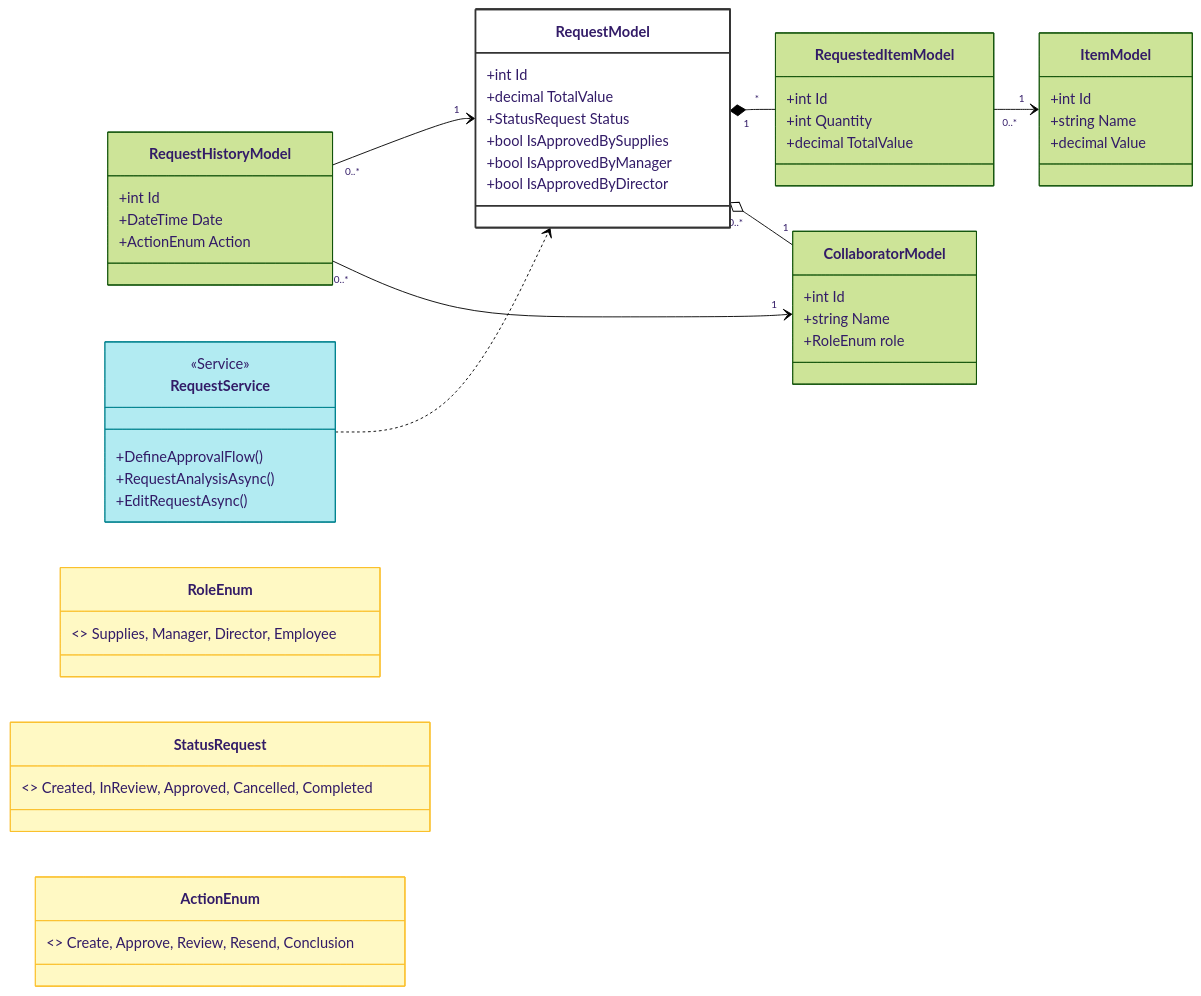
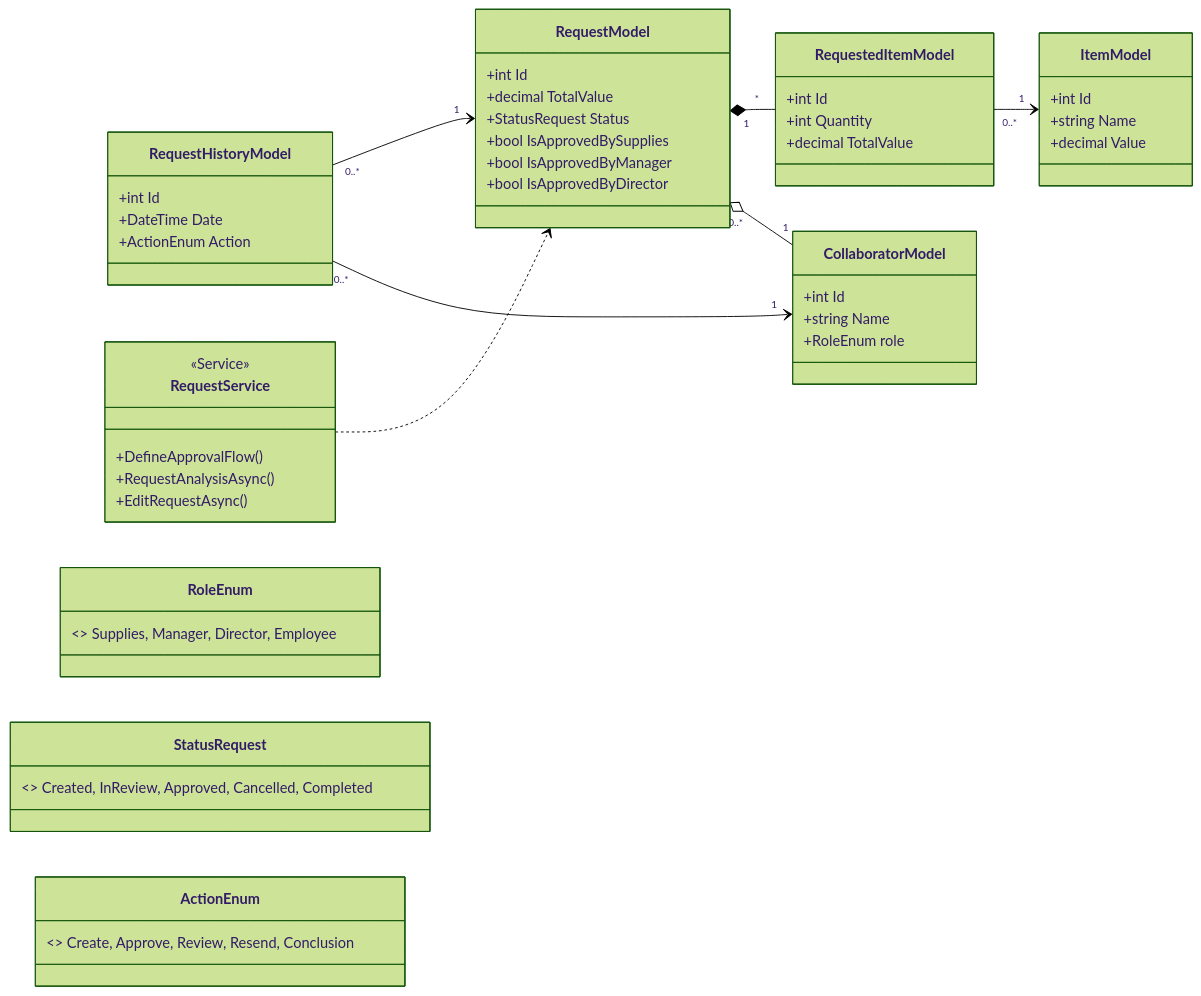
The second of 2 diagrams in README.md (PaulaMonteverde/DesafioiALL), drawn with Mermaid (forest theme) before and after one commit.

Commit message:
Update README.md
Removed sections for Enums and Simple Styling from README.

````diff
--- a/README.md
+++ b/README.md
@@ -62,64 +62,55 @@
 ```mermaid
 classDiagram
     direction LR
 
     class CollaboratorModel {
         +int Id
         +string Name
         +RoleEnum role
     }
 
     class RequestModel {
         +int Id
         +decimal TotalValue
         +StatusRequest Status
         +bool IsApprovedBySupplies
         +bool IsApprovedByManager
         +bool IsApprovedByDirector
     }
 
     class RequestedItemModel {
         +int Id
         +int Quantity
         +decimal TotalValue
     }
 
     class ItemModel {
         +int Id
         +string Name
         +decimal Value
     }
 
     class RequestHistoryModel {
         +int Id
         +DateTime Date
         +ActionEnum Action
     }
 
     class RequestService {
         <<Service>>
         +DefineApprovalFlow()
         +RequestAnalysisAsync()
         +EditRequestAsync()
     }
 
-    %% Enums
     class RoleEnum { <<enumeration>> Supplies, Manager, Director, Employee }
     class StatusRequest { <<enumeration>> Created, InReview, Approved, Cancelled, Completed }
     class ActionEnum { <<enumeration>> Create, Approve, Review, Resend, Conclusion }
 
-    %% Relacionamentos
     RequestModel "1" *-- "*" RequestedItemModel
     RequestedItemModel "0..*" --> "1" ItemModel
     RequestModel "0..*" o-- "1" CollaboratorModel
     RequestHistoryModel "0..*" --> "1" RequestModel
     RequestHistoryModel "0..*" --> "1" CollaboratorModel
     RequestService ..> RequestModel
-
-    %% Estilização Simples (Compatível com GitHub)
-    style RequestModel fill:#fff,stroke:#333,stroke-width:2px
-    style RequestService fill:#b2ebf2,stroke:#00838f
-    style RoleEnum fill:#fff9c4,stroke:#fbc02d
-    style StatusRequest fill:#fff9c4,stroke:#fbc02d
-    style ActionEnum fill:#fff9c4,stroke:#fbc02d
 ```
````
